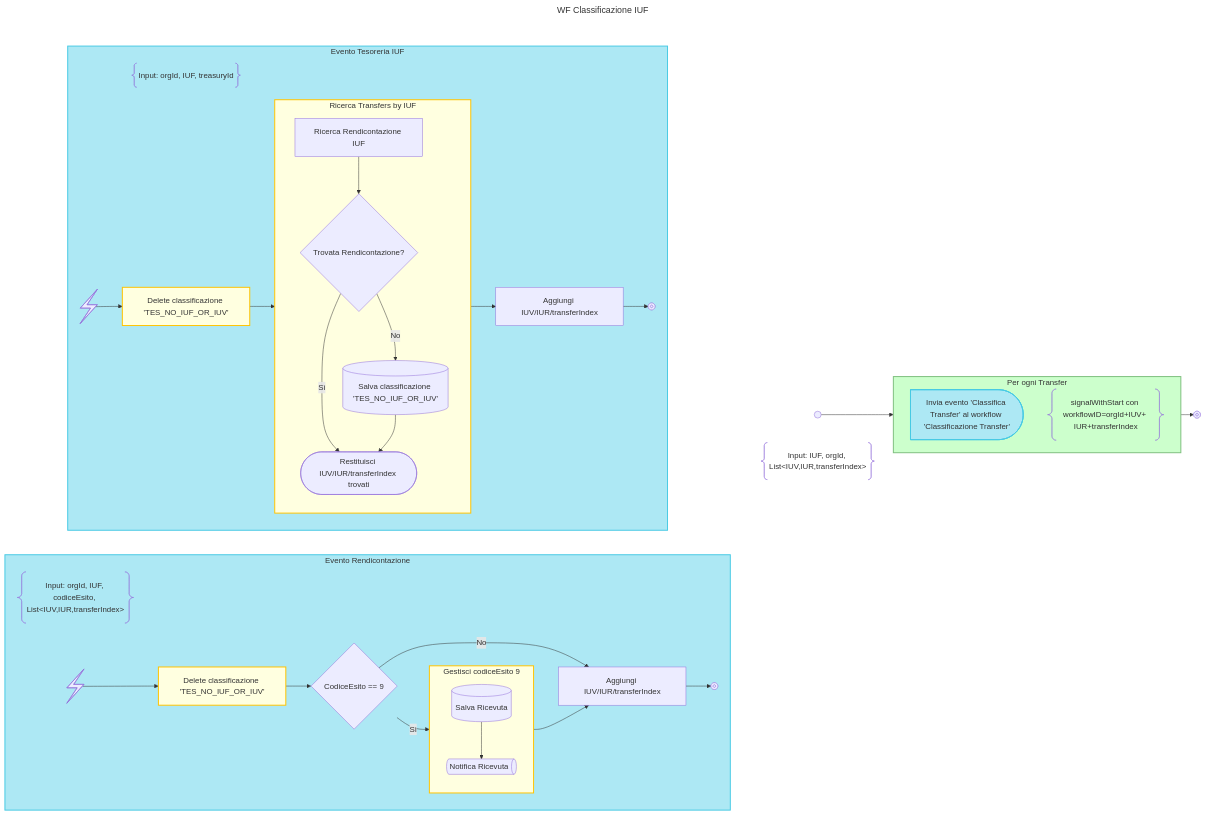
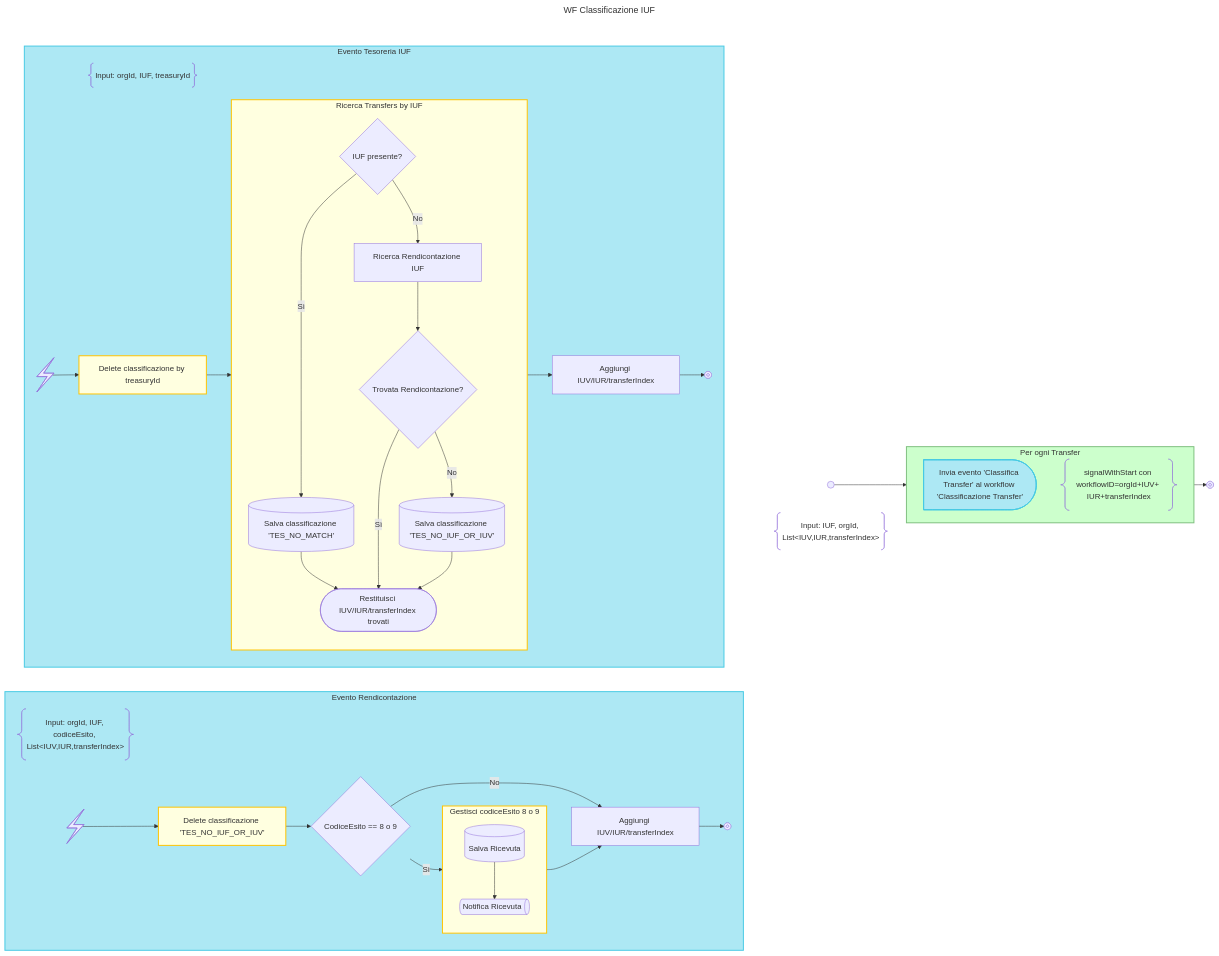
One commit to pagopa/p4pa-doc changed the diagram in design/workflow/classificazioneIncassi/06.classificazioneIuf.mmd. Above: the diagram before and after it, drawn with Mermaid. The commit also changed 1 other file, not shown here.

Commit message:
fix: p4pa classification TES_NO_MATCH

```diff
--- a/design/workflow/classificazioneIncassi/06.classificazioneIuf.mmd
+++ b/design/workflow/classificazioneIncassi/06.classificazioneIuf.mmd
@@ -1,92 +1,97 @@
 ---
+config:
+  flowchart:
+    rankSpacing: 1
+  theme: default
+  look: classic
 title: WF Classificazione IUF
-config:
-    flowchart:
-        rankSpacing: 1
 ---
 flowchart TD
     subgraph WF_BLOCK
         subgraph NOTE_START_BLOCK
             DESCRIPTION@{ shape: braces, label: "Input: IUF, orgId, List&lt;IUV,IUR,transferIndex&gt;" }
             START@{shape: start}
         end
         class NOTE_START_BLOCK hidden
 
         START --> LOOP_IUVs
 
         subgraph LOOP_IUVs["Per ogni Transfer"]
         direction TB
-
-        SIGNAL_IUV:::send-signal@{shape: delay, label: "Invia evento 'Classifica Transfer' al workflow 'Classificazione Transfer'"}
-        NOTE_SIGNAL_IUV@{ shape: braces, label: "signalWithStart con workflowID=orgId+IUV+ IUR+transferIndex" }
+            SIGNAL_IUV:::send-signal@{shape: delay, label: "Invia evento 'Classifica Transfer' al workflow 'Classificazione Transfer'"}
+            NOTE_SIGNAL_IUV@{ shape: braces, label: "signalWithStart con workflowID=orgId+IUV+ IUR+transferIndex" }
         end
+        class LOOP_IUVs loop
 
         LOOP_IUVs --> END@{shape: stop}
-        class LOOP_IUVs loop
     end
     class WF_BLOCK hidden
 
     subgraph SIGNALS_BLOCK
     direction LR
 
         subgraph SIGNAL_RENDICONTAZIONE_BLOCK["Evento Rendicontazione"]
         direction LR
             DESCRIPTION_SIGNAL_RENDICONTAZIONE@{ shape: braces, label: "Input: orgId, IUF, codiceEsito, List&lt;IUV,IUR,transferIndex&gt;" } -->
             DUMMY1:::hidden --> DUMMY2:::hidden --> DUMMY3:::hidden --> DUMMY4:::hidden --> DUMMY5:::hidden
             linkStyle 2,3,4,5,6 display:none
 
             SIGNAL_RENDICONTAZIONE@{ shape: bolt } -->
             DELETE_CLASSIFY_NULL_IUV:::activity@{label: "Delete classificazione 'TES_NO_IUF_OR_IUV'"} -->
-            IS_CODICEESITO9{"CodiceEsito == 9"} --> |Sì|HANDLE_CODICEESITO9
-            subgraph HANDLE_CODICEESITO9["Gestisci codiceEsito 9"]
+            IS_CODICEESITO9{"CodiceEsito == 8 o 9"} --> |Sì|HANDLE_CODICEESITO9
+            subgraph HANDLE_CODICEESITO9["Gestisci codiceEsito 8 o 9"]
                 SAVE_RT@{shape: database, label: "Salva Ricevuta"} -->
                 SEND_RT_MSG@{shape: das, label: "Notifica Ricevuta"}
             end
             class HANDLE_CODICEESITO9 activity
 
             IS_CODICEESITO9 --> |No|ADD_RENDICONTAZIONE_IUVS
 
             HANDLE_CODICEESITO9 -->
             ADD_RENDICONTAZIONE_IUVS["Aggiungi IUV/IUR/transferIndex "] -->
             SIGNAL_RENDICONTAZIONE_END@{ shape: "stop" }
         end
         class SIGNAL_RENDICONTAZIONE_BLOCK signal_block
 
         subgraph SIGNAL_TESORERIA_BLOCK["Evento Tesoreria IUF"]
         direction LR
             DESCRIPTION_SIGNAL_TESORERIA@{ shape: braces, label: "Input: orgId, IUF, treasuryId" } -->
             DUMMY6:::hidden --> DUMMY7:::hidden --> DUMMY8:::hidden
             linkStyle 14,15,16 display:none
 
             SIGNAL_TESORERIA@{ shape: bolt } -->
-            DELETE_TES_ANOMALY:::activity@{label: "Delete classificazione 'TES_NO_IUF_OR_IUV'"} -->
+            DELETE_TES_ANOMALY:::activity@{label: "Delete classificazione by treasuryId"} -->
             FIND_TESORERIA_IUVS_ACTIVITY
 
             subgraph FIND_TESORERIA_IUVS_ACTIVITY["Ricerca Transfers by IUF"]
+                IS_IUF_EMPTY{"IUF presente?"} -->
+                |Sì|SAVE_TES_IUF_ANOMALY@{shape: database, label: "Salva classificazione 'TES_NO_MATCH'"} -->
+                RETURN_TESORERIA_IUVS
 
-                FIND_TESORERIA_IUVS["Ricerca Rendicontazione IUF"] -->
+                IS_IUF_EMPTY -->
+                |No|FIND_TESORERIA_IUVS["Ricerca Rendicontazione IUF"] -->
                 EXISTS_RENDICONTAZIONE_TES{"Trovata Rendicontazione?"}
 
                 EXISTS_RENDICONTAZIONE_TES -->
                 |Sì|RETURN_TESORERIA_IUVS@{shape: terminal, label: "Restituisci IUV/IUR/transferIndex trovati"}
 
                 EXISTS_RENDICONTAZIONE_TES -->
                 |No|SAVE_TES_ANOMALY@{shape: database, label: "Salva classificazione 'TES_NO_IUF_OR_IUV'"} -->
                 RETURN_TESORERIA_IUVS
             end
             class FIND_TESORERIA_IUVS_ACTIVITY activity
 
             FIND_TESORERIA_IUVS_ACTIVITY -->
             ADD_TESORERIA_IUVS["Aggiungi IUV/IUR/transferIndex "] -->
             SIGNAL_TESORERIA_END@{ shape: "stop" }
         end
         class SIGNAL_TESORERIA_BLOCK signal_block
     end
     class SIGNALS_BLOCK hidden
 
     classDef note_block display:none;
     classDef hidden display:none;
     classDef activity fill:#FFFFE0, stroke:#ffc300, stroke-width:2px;
     classDef loop fill:#CCFFCC, stroke:#7FBF7F, stroke-width:2px, padding-bottom: 5px;
     classDef signal_block fill:#ade8f4, stroke:#48cae4, stroke-width:2px
     classDef send-signal fill:#ade8f4, stroke:#48cae4, stroke-width:2px
```
